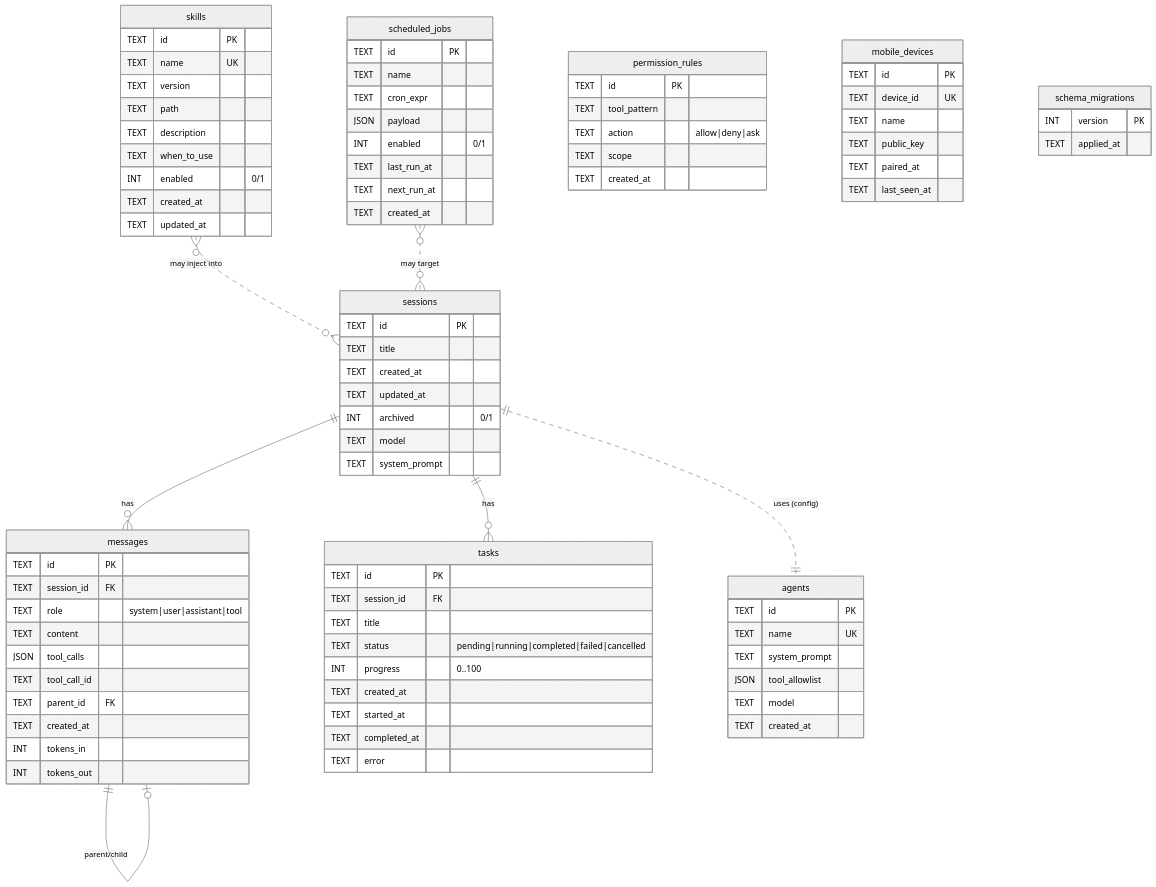
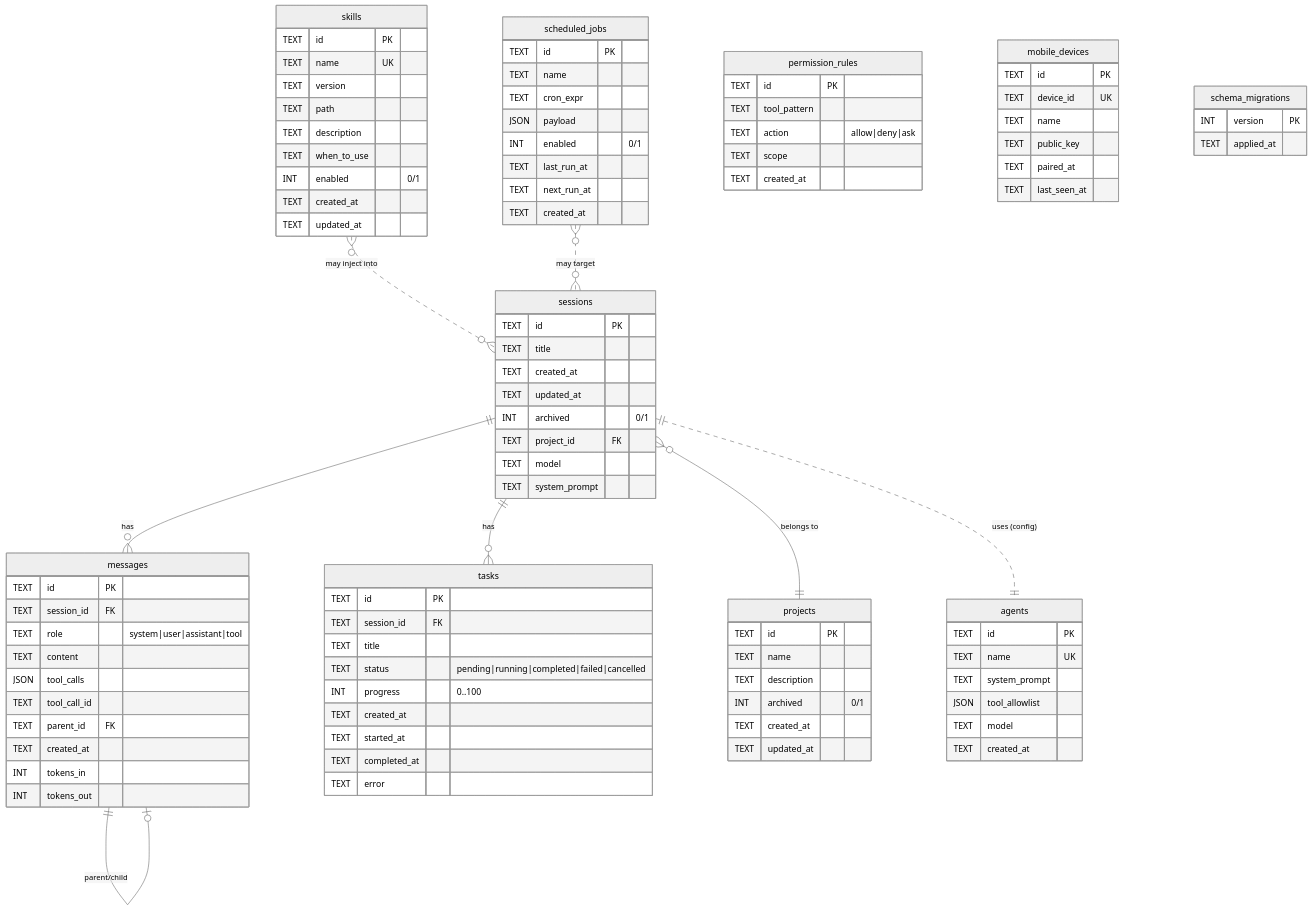
The diagram in docs/storage-schema.md (happywht/minimax-code), drawn with Mermaid (neutral theme) before and after one commit. The commit also changed other lines of this file and 19 other files, not shown here.

```diff
--- a/docs/storage-schema.md
+++ b/docs/storage-schema.md
@@ -19,6 +19,7 @@
 erDiagram
     sessions ||--o{ messages : has
     sessions ||--o{ tasks    : has
+    sessions }o--|| projects : "belongs to"
     sessions ||..|| agents   : "uses (config)"
     messages ||--o| messages : "parent/child"
     skills  }o..o{ sessions  : "may inject into"
@@ -30,8 +31,17 @@
         TEXT created_at
         TEXT updated_at
         INT  archived "0/1"
+        TEXT project_id FK
         TEXT model
         TEXT system_prompt
+    }
+    projects {
+        TEXT id PK
+        TEXT name
+        TEXT description
+        INT  archived "0/1"
+        TEXT created_at
+        TEXT updated_at
     }
     messages {
         TEXT id PK
```
